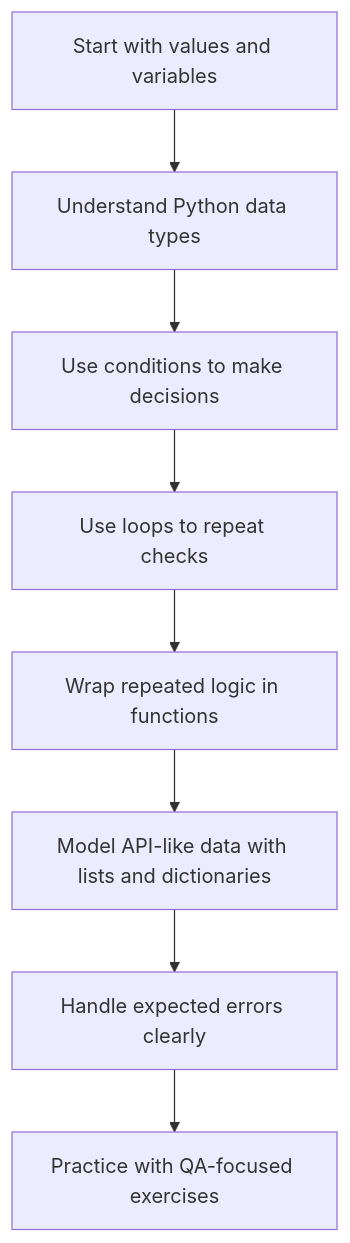
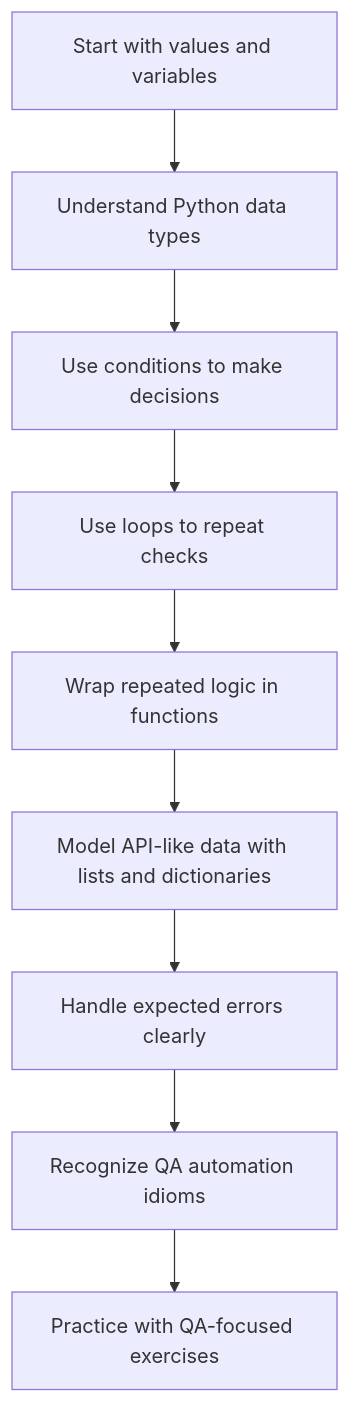
One commit to lemegetonV/learning-api-pytest-automation-framework changed the first of 2 diagrams in docs/module-01-python-fundamentals/00-module-overview.md. Above: the diagram before and after it, drawn with Mermaid. The commit also changed other lines of this file and 2 other files, not shown here.

Commit message:
module-01: add supplemental Python QA idioms coverage

````diff
--- a/docs/module-01-python-fundamentals/00-module-overview.md
+++ b/docs/module-01-python-fundamentals/00-module-overview.md
@@ -18,10 +19,11 @@
 ```mermaid
 flowchart TD
   A["Start with values and variables"] --> B["Understand Python data types"]
   B --> C["Use conditions to make decisions"]
   C --> D["Use loops to repeat checks"]
   D --> E["Wrap repeated logic in functions"]
   E --> F["Model API-like data with lists and dictionaries"]
   F --> G["Handle expected errors clearly"]
-  G --> H["Practice with QA-focused exercises"]
+  G --> H["Recognize QA automation idioms"]
+  H --> I["Practice with QA-focused exercises"]
 ```
````
